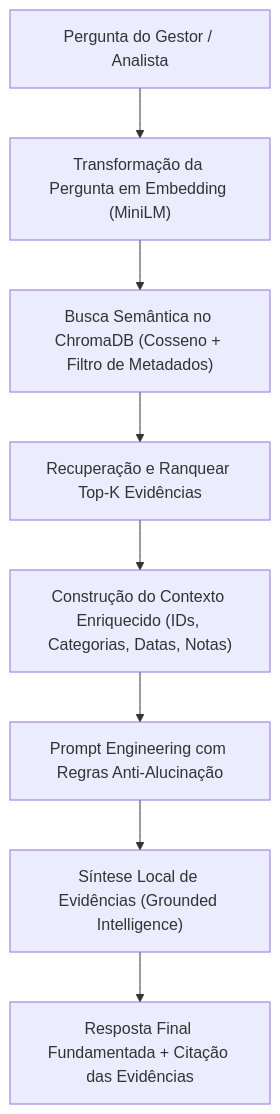
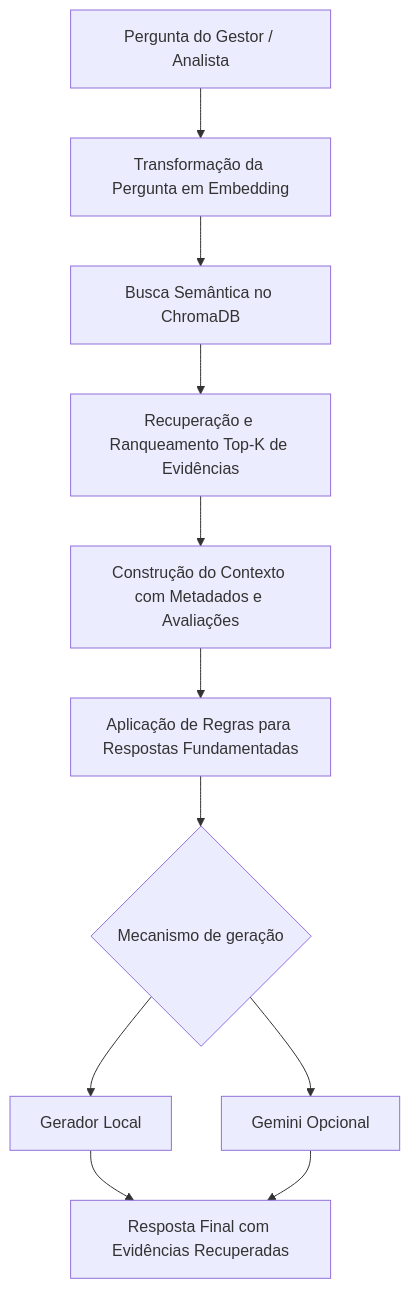
Before and after one commit to ViniciusTMiura/1AIST_projects: the diagram in tech-challenge-04/tech-challenge-fase4/README.md, drawn with Mermaid. The commit also changed other lines of this file, not shown here.

Commit message:
docs(tech4): atualiza README da arquitetura RAG

````diff
--- a/tech-challenge-04/tech-challenge-fase4/README.md
+++ b/tech-challenge-04/tech-challenge-fase4/README.md
@@ -22,10 +24,13 @@
 ```mermaid
 flowchart TD
-    A["Pergunta do Gestor / Analista"] --> B["Transformação da Pergunta em Embedding (MiniLM)"]
-    B --> C["Busca Semântica no ChromaDB (Cosseno + Filtro de Metadados)"]
-    C --> D["Recuperação e Ranquear Top-K Evidências"]
-    D --> E["Construção do Contexto Enriquecido (IDs, Categorias, Datas, Notas)"]
-    E --> F["Prompt Engineering com Regras Anti-Alucinação"]
-    F --> G["Síntese Local de Evidências (Grounded Intelligence)"]
-    G --> H["Resposta Final Fundamentada + Citação das Evidências"]
+    A["Pergunta do Gestor / Analista"] --> B["Transformação da Pergunta em Embedding"]
+    B --> C["Busca Semântica no ChromaDB"]
+    C --> D["Recuperação e Ranqueamento Top-K de Evidências"]
+    D --> E["Construção do Contexto com Metadados e Avaliações"]
+    E --> F["Aplicação de Regras para Respostas Fundamentadas"]
+    F --> G{"Mecanismo de geração"}
+    G --> H["Gerador Local"]
+    G --> I["Gemini Opcional"]
+    H --> J["Resposta Final com Evidências Recuperadas"]
+    I --> J
 ```
````
